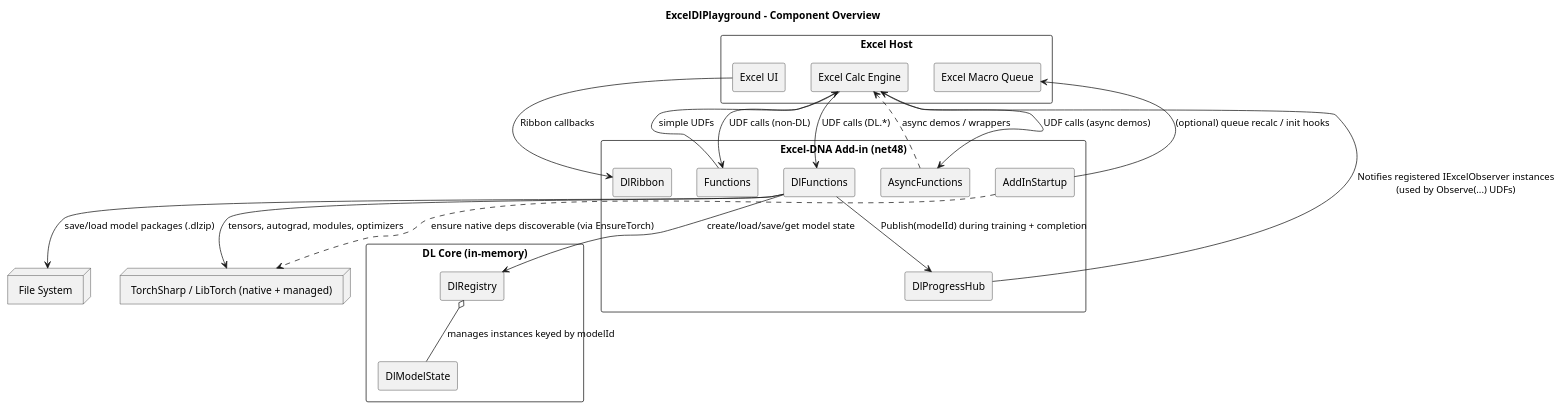
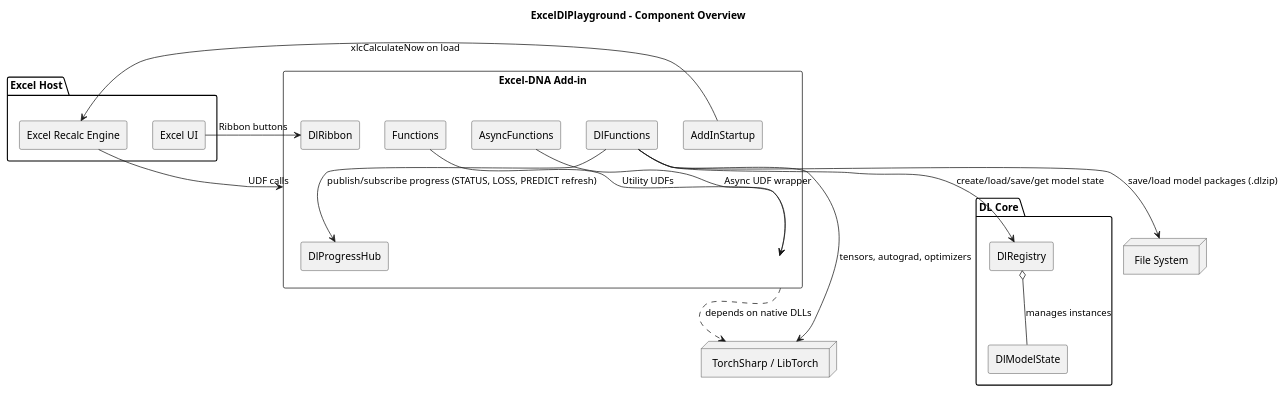
The first of 2 diagrams in UML.md (ngpepin/ExcelML), drawn with PlantUML before and after one commit. The commit also changed other lines of this file and 3 other files, not shown here.

First line of the commit message:
Add OpenAI.PROMPT UDF and update architecture docs

````diff
--- a/UML.md
+++ b/UML.md
@@ -29,57 +7,42 @@
 ```plantuml
 @startuml
 title ExcelDlPlayground - Component Overview
 skinparam componentStyle rectangle
-skinparam packageStyle rectangle
 
 package "Excel Host" {
-  [Excel UI] as ExcelUI
-  [Excel Calc Engine] as ExcelCalc
-  [Excel Macro Queue] as ExcelMacro
+  [Excel UI]
+  [Excel Recalc Engine]
 }
 
-package "Excel-DNA Add-in (net48)" {
-  [AddInStartup] as Startup
-  [DlRibbon] as Ribbon
-  [Functions] as BasicUdfs
-  [AsyncFunctions] as AsyncUdfs
-  [DlFunctions] as DlUdfs
-  [DlProgressHub] as Hub
+component "Excel-DNA Add-in" as AddIn {
+  [AddInStartup]
+  [DlRibbon]
+  [Functions]
+  [AsyncFunctions]
+  [DlFunctions]
+  [DlProgressHub]
 }
 
-package "DL Core (in-memory)" {
-  [DlRegistry] as Registry
-  [DlModelState] as ModelState
+package "DL Core" {
+  [DlRegistry]
+  [DlModelState]
 }
 
-node "TorchSharp / LibTorch (native + managed)" as Torch
+node "TorchSharp / LibTorch" as TorchSharp
 node "File System" as FS
 
-' --- UI + call surfaces ---
-ExcelUI --> Ribbon : Ribbon callbacks
-ExcelCalc --> DlUdfs : UDF calls (DL.*)
-ExcelCalc --> BasicUdfs : UDF calls (non-DL)
-ExcelCalc --> AsyncUdfs : UDF calls (async demos)
+[Excel UI] --> [DlRibbon] : Ribbon buttons
+[Excel Recalc Engine] --> AddIn : UDF calls
 
-' --- Startup ---
-Startup --> ExcelMacro : (optional) queue recalc / init hooks
-Startup ..> Torch : ensure native deps discoverable (via EnsureTorch)
+[AddInStartup] --> [Excel Recalc Engine] : xlcCalculateNow on load
+[Functions] --> AddIn : Utility UDFs
+[AsyncFunctions] --> AddIn : Async UDF wrapper
+[DlFunctions] --> [DlRegistry] : create/load/save/get model state
+[DlFunctions] --> [DlProgressHub] : publish/subscribe progress (STATUS, LOSS, PREDICT refresh)
+[DlFunctions] --> TorchSharp : tensors, autograd, optimizers
+[DlFunctions] --> FS : save/load model packages (.dlzip)
+[DlRegistry] o-- [DlModelState] : manages instances
 
-' --- Basic + async helpers (non-DL) ---
-BasicUdfs --> ExcelCalc : simple UDFs
-AsyncUdfs ..> ExcelCalc : async demos / wrappers
-
-' --- DL surface ---
-DlUdfs --> Registry : create/load/save/get model state
-DlUdfs --> Torch : tensors, autograd, modules, optimizers
-DlUdfs --> FS : save/load model packages (.dlzip)
-
-' --- Push updates to Excel ---
-DlUdfs --> Hub : Publish(modelId) during training + completion
-Hub --> ExcelCalc : Notifies registered IExcelObserver instances\n(used by Observe(...) UDFs)
-
-' --- Registry owns model instances ---
-Registry o-- ModelState : manages instances keyed by modelId
-
+AddIn ..> TorchSharp : depends on native DLLs
 @enduml
 ```
````
